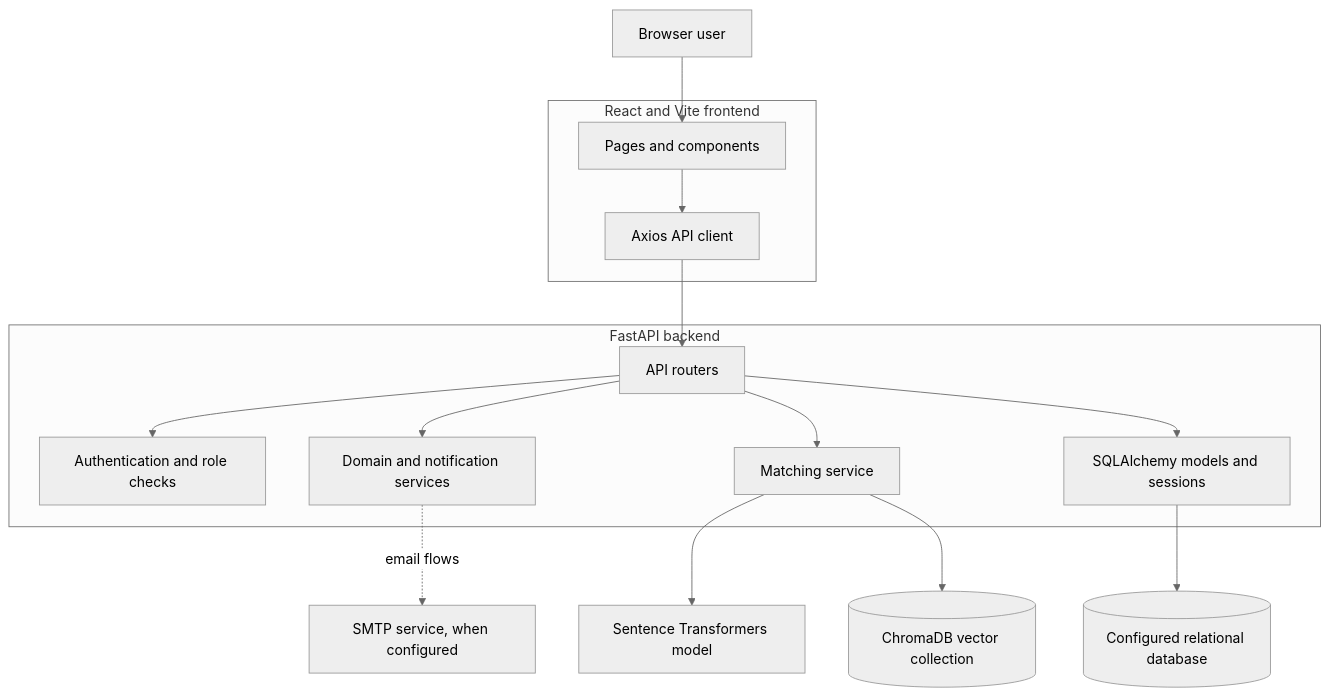
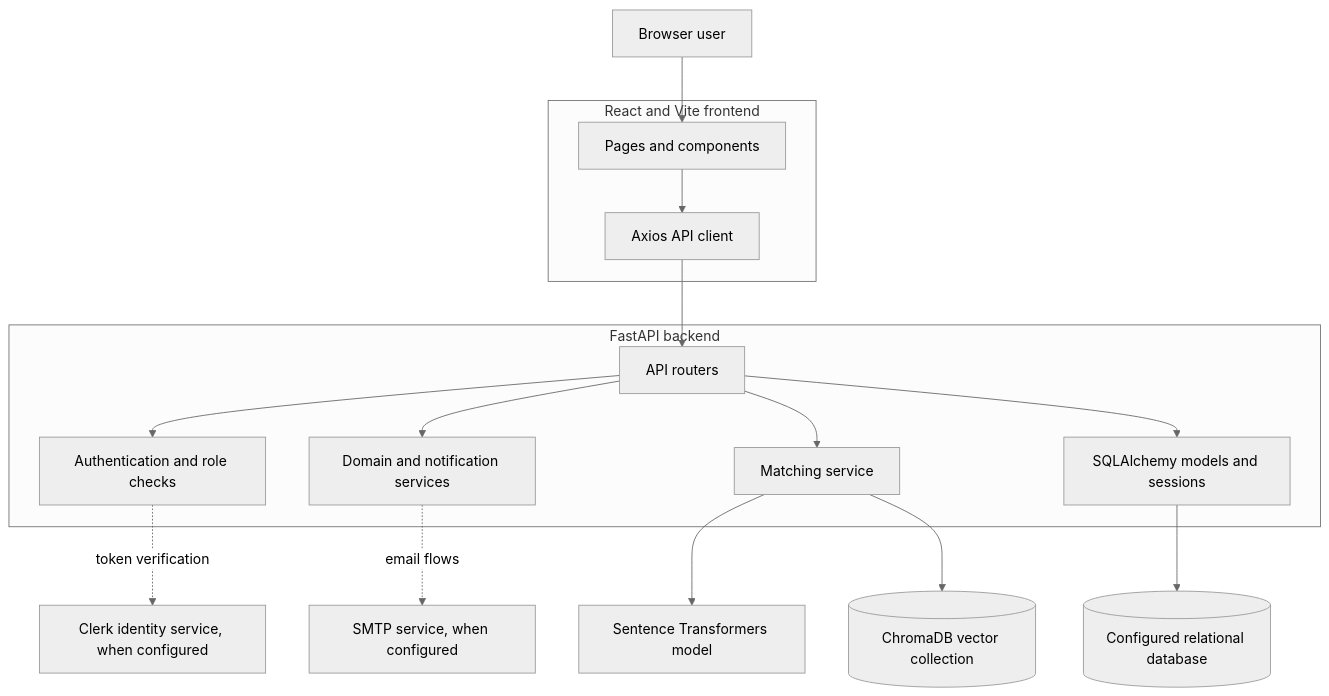
The third of 4 diagrams in docs/chapters-4-6-draft.md (Senetwo/AlumniConnect), drawn with Mermaid (neutral theme) before and after one commit. The commit also changed other lines of this file and 1 other file, not shown here.

Commit message:
docs: update Chapter 4 auth design and Chapter 5 with test and evaluation results

````diff
--- a/docs/chapters-4-6-draft.md
+++ b/docs/chapters-4-6-draft.md
@@ -105,27 +105,29 @@
 ```mermaid
 flowchart TB
   User[Browser user]
   subgraph Client[React and Vite frontend]
     Pages[Pages and components]
     ApiClient[Axios API client]
   end
   subgraph Server[FastAPI backend]
     Routes[API routers]
     Auth[Authentication and role checks]
     Services[Domain and notification services]
     MatchSvc[Matching service]
     ORM[SQLAlchemy models and sessions]
   end
   RelDB[(Configured relational database)]
   Embed[Sentence Transformers model]
   Chroma[(ChromaDB vector collection)]
   SMTP[SMTP service, when configured]
+  Clerk[Clerk identity service, when configured]
   User --> Pages --> ApiClient --> Routes
   Routes --> Auth
   Routes --> Services
   Routes --> MatchSvc
   Routes --> ORM --> RelDB
   MatchSvc --> Embed
   MatchSvc --> Chroma
   Services -. email flows .-> SMTP
+  Auth -. token verification .-> Clerk
 ```
````
